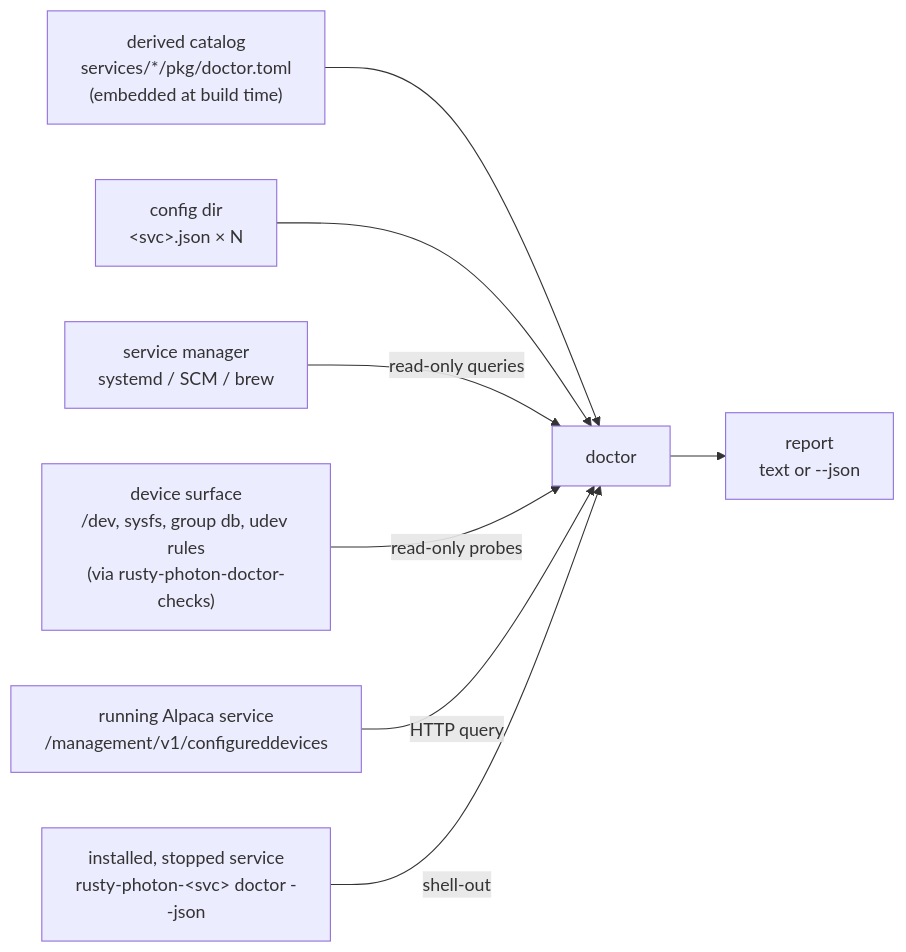
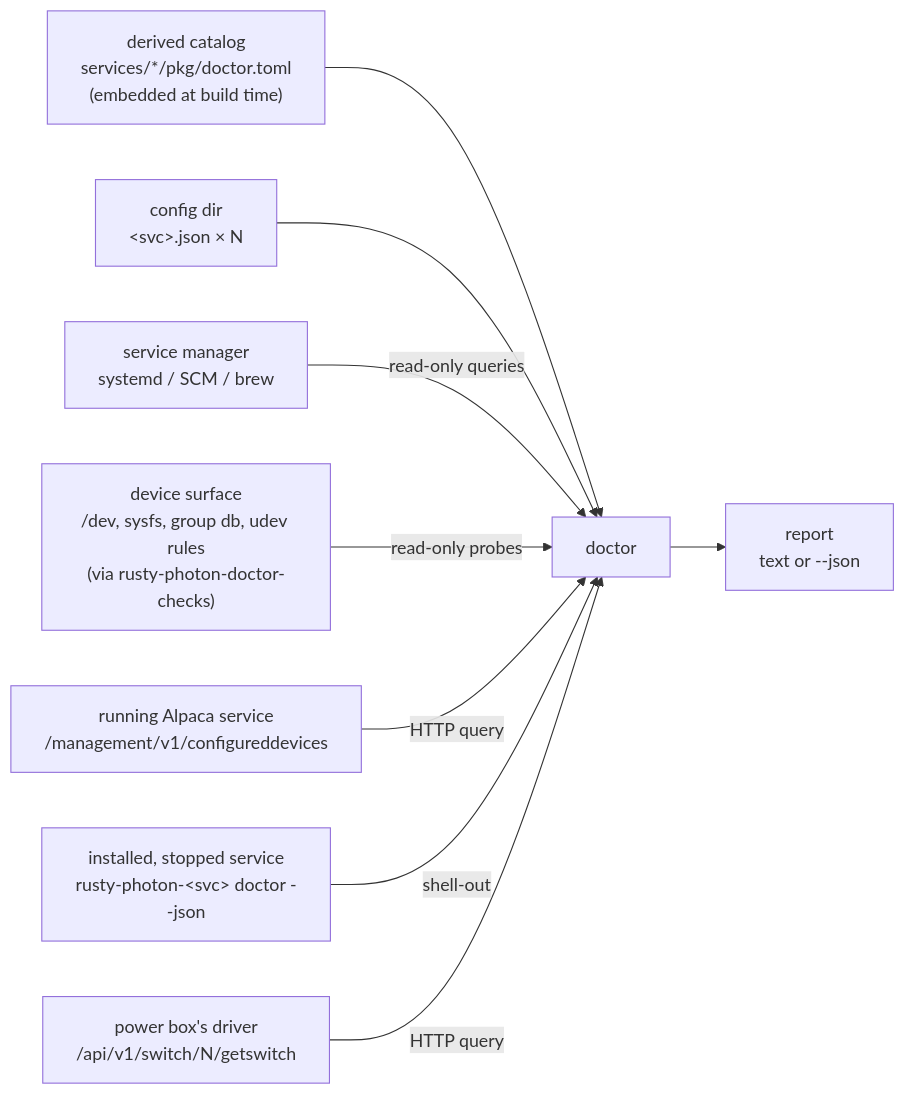
Before and after one commit to rusty-photon/rusty-photon: the diagram in docs/services/doctor.md, drawn with Mermaid. The commit also changed other lines of this file and 13 other files, not shown here.

````diff
--- a/docs/services/doctor.md
+++ b/docs/services/doctor.md
@@ -35,10 +37,11 @@
 ```mermaid
 graph LR
     catalog["derived catalog<br/>services/*/pkg/doctor.toml<br/>(embedded at build time)"] --> doctor[doctor]
     configs["config dir<br/>&lt;svc&gt;.json × N"] --> doctor
     sm["service manager<br/>systemd / SCM / brew"] -->|read-only queries| doctor
     hw["device surface<br/>/dev, sysfs, group db, udev rules<br/>(via rusty-photon-doctor-checks)"] -->|read-only probes| doctor
     svc_up["running Alpaca service<br/>/management/v1/configureddevices"] -->|HTTP query| doctor
     svc_down["installed, stopped service<br/>rusty-photon-&lt;svc&gt; doctor --json"] -->|shell-out| doctor
+    power["power box's driver<br/>/api/v1/switch/N/getswitch"] -->|HTTP query| doctor
     doctor --> report["report<br/>text or --json"]
 ```
````
